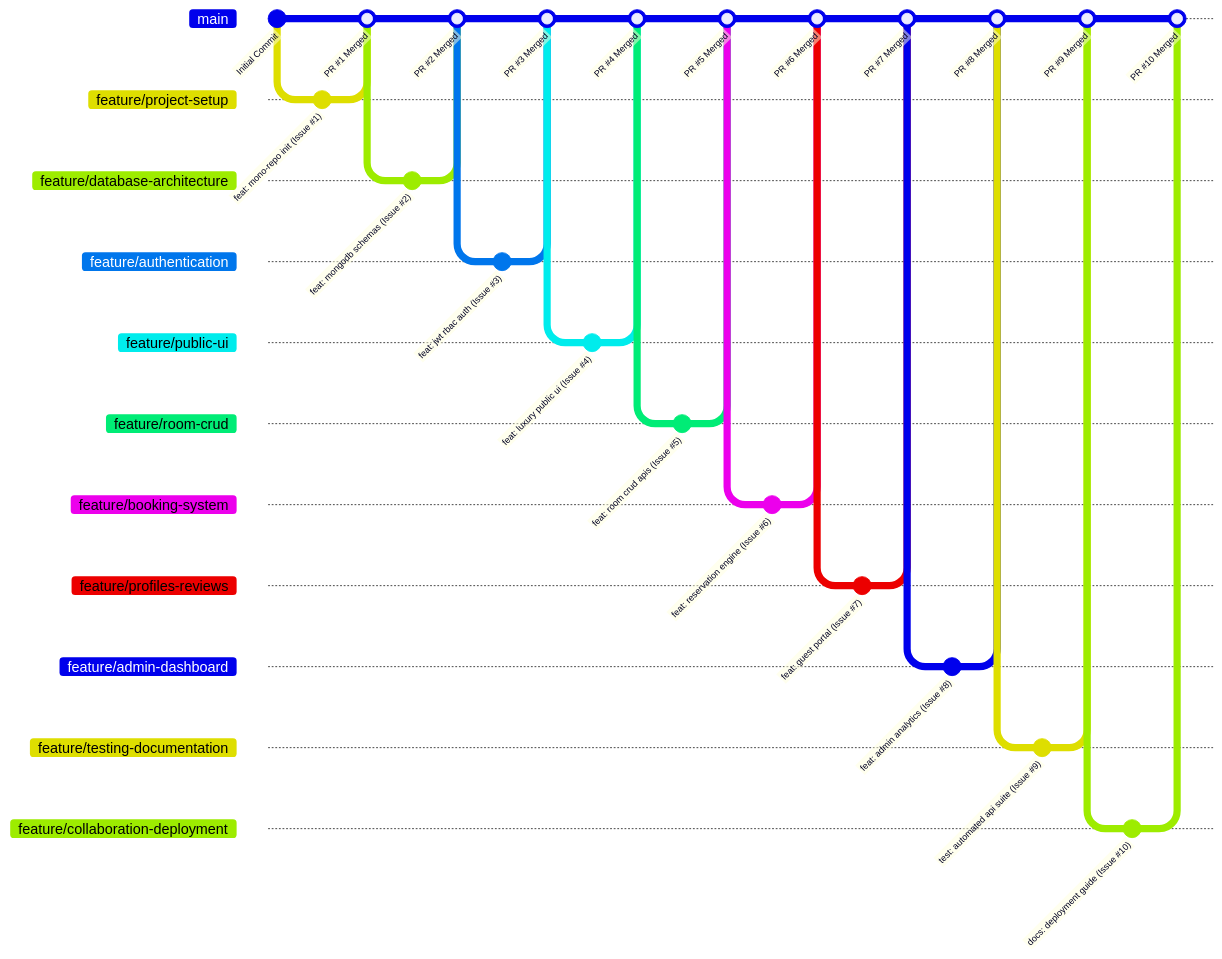
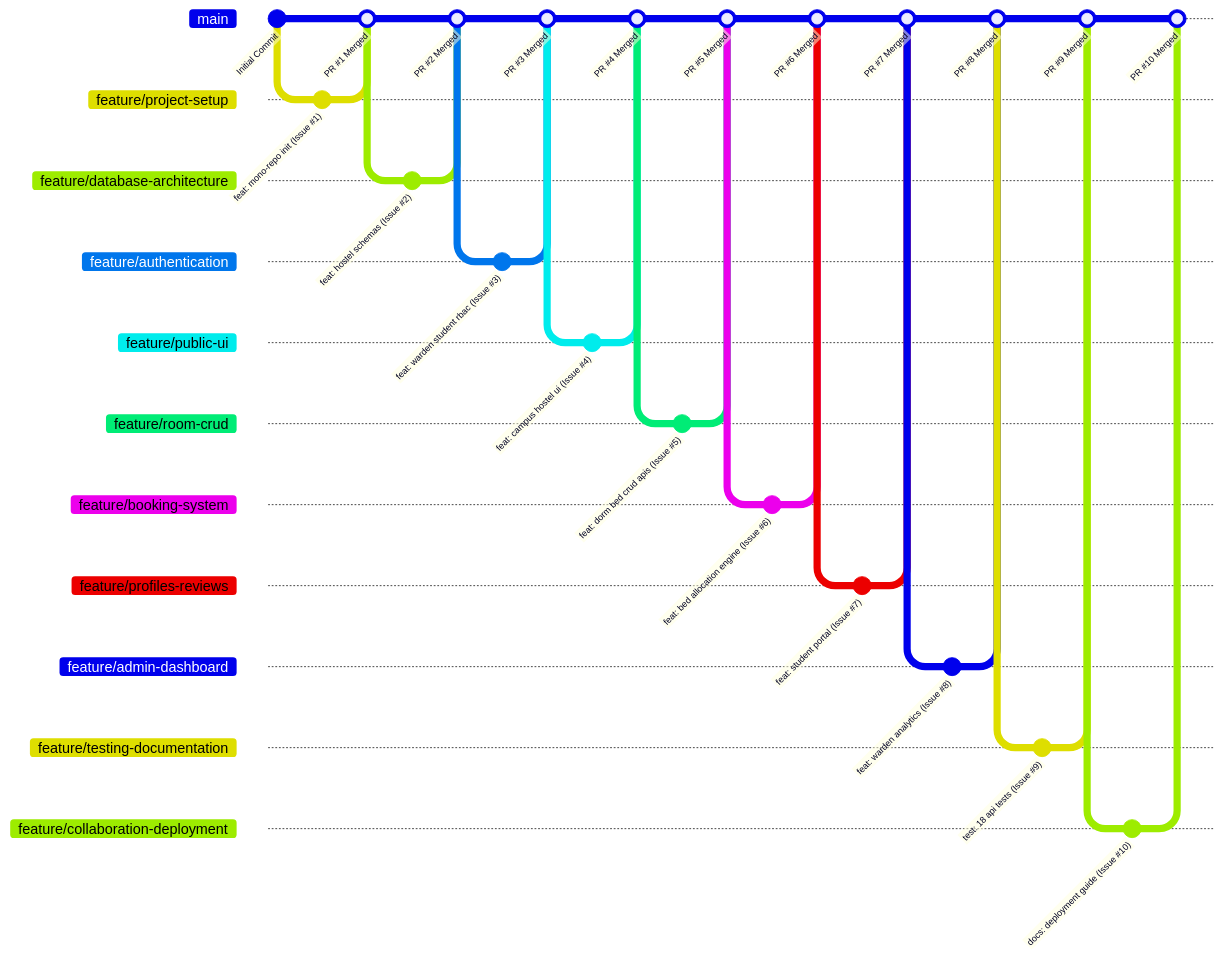
One commit to ChandreshwarNathTripathi/ryan changed the diagram in docs/team_distribution.md. Above: the diagram before and after it, drawn with Mermaid. The commit also changed other lines of this file and 35 other files, not shown here.

Commit message:
feat(hostel): convert full-stack system to XSHostel Campus Hostel Management System

````diff
--- a/docs/team_distribution.md
+++ b/docs/team_distribution.md
@@ -41,54 +41,54 @@
 ```mermaid
 gitGraph
    commit id: "Initial Commit"
    branch feature/project-setup
    checkout feature/project-setup
    commit id: "feat: mono-repo init (Issue #1)"
    checkout main
    merge feature/project-setup id: "PR #1 Merged"
    branch feature/database-architecture
    checkout feature/database-architecture
-   commit id: "feat: mongodb schemas (Issue #2)"
+   commit id: "feat: hostel schemas (Issue #2)"
    checkout main
    merge feature/database-architecture id: "PR #2 Merged"
    branch feature/authentication
    checkout feature/authentication
-   commit id: "feat: jwt rbac auth (Issue #3)"
+   commit id: "feat: warden student rbac (Issue #3)"
    checkout main
    merge feature/authentication id: "PR #3 Merged"
    branch feature/public-ui
    checkout feature/public-ui
-   commit id: "feat: luxury public ui (Issue #4)"
+   commit id: "feat: campus hostel ui (Issue #4)"
    checkout main
    merge feature/public-ui id: "PR #4 Merged"
    branch feature/room-crud
    checkout feature/room-crud
-   commit id: "feat: room crud apis (Issue #5)"
+   commit id: "feat: dorm bed crud apis (Issue #5)"
    checkout main
    merge feature/room-crud id: "PR #5 Merged"
    branch feature/booking-system
    checkout feature/booking-system
-   commit id: "feat: reservation engine (Issue #6)"
+   commit id: "feat: bed allocation engine (Issue #6)"
    checkout main
    merge feature/booking-system id: "PR #6 Merged"
    branch feature/profiles-reviews
    checkout feature/profiles-reviews
-   commit id: "feat: guest portal (Issue #7)"
+   commit id: "feat: student portal (Issue #7)"
    checkout main
    merge feature/profiles-reviews id: "PR #7 Merged"
    branch feature/admin-dashboard
    checkout feature/admin-dashboard
-   commit id: "feat: admin analytics (Issue #8)"
+   commit id: "feat: warden analytics (Issue #8)"
    checkout main
    merge feature/admin-dashboard id: "PR #8 Merged"
    branch feature/testing-documentation
    checkout feature/testing-documentation
-   commit id: "test: automated api suite (Issue #9)"
+   commit id: "test: 18 api tests (Issue #9)"
    checkout main
    merge feature/testing-documentation id: "PR #9 Merged"
    branch feature/collaboration-deployment
    checkout feature/collaboration-deployment
    commit id: "docs: deployment guide (Issue #10)"
    checkout main
    merge feature/collaboration-deployment id: "PR #10 Merged"
 ```
````
